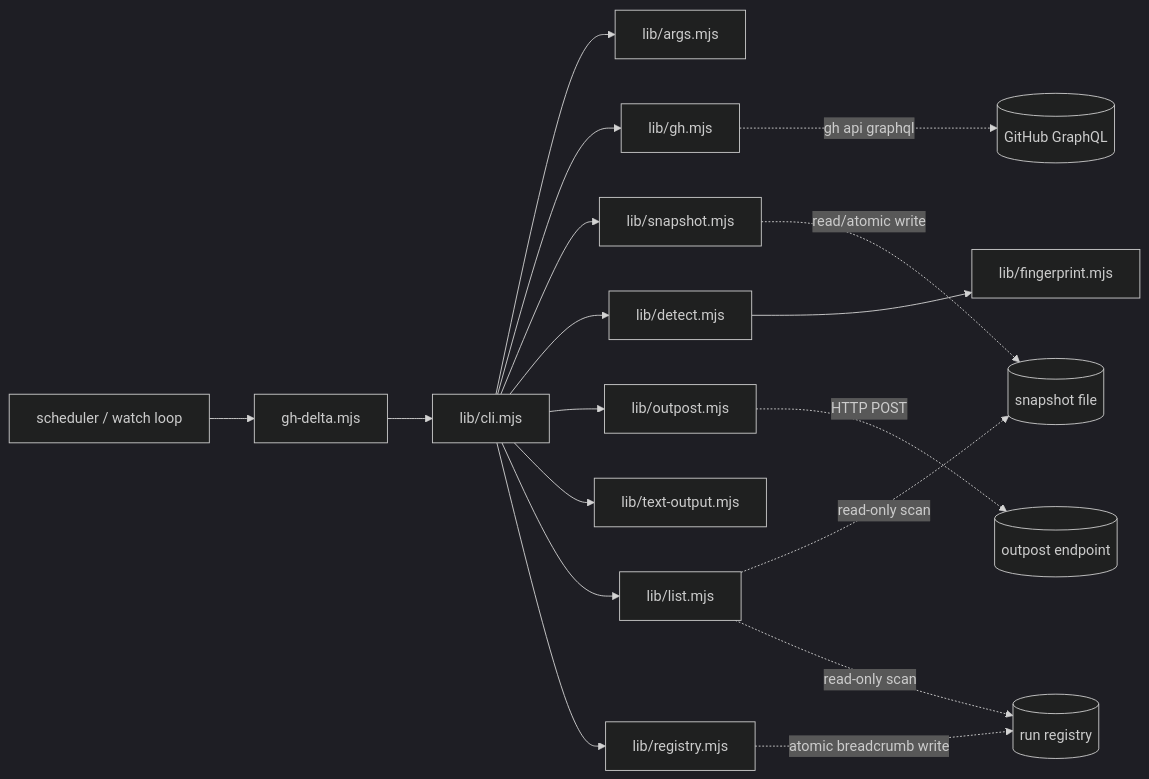
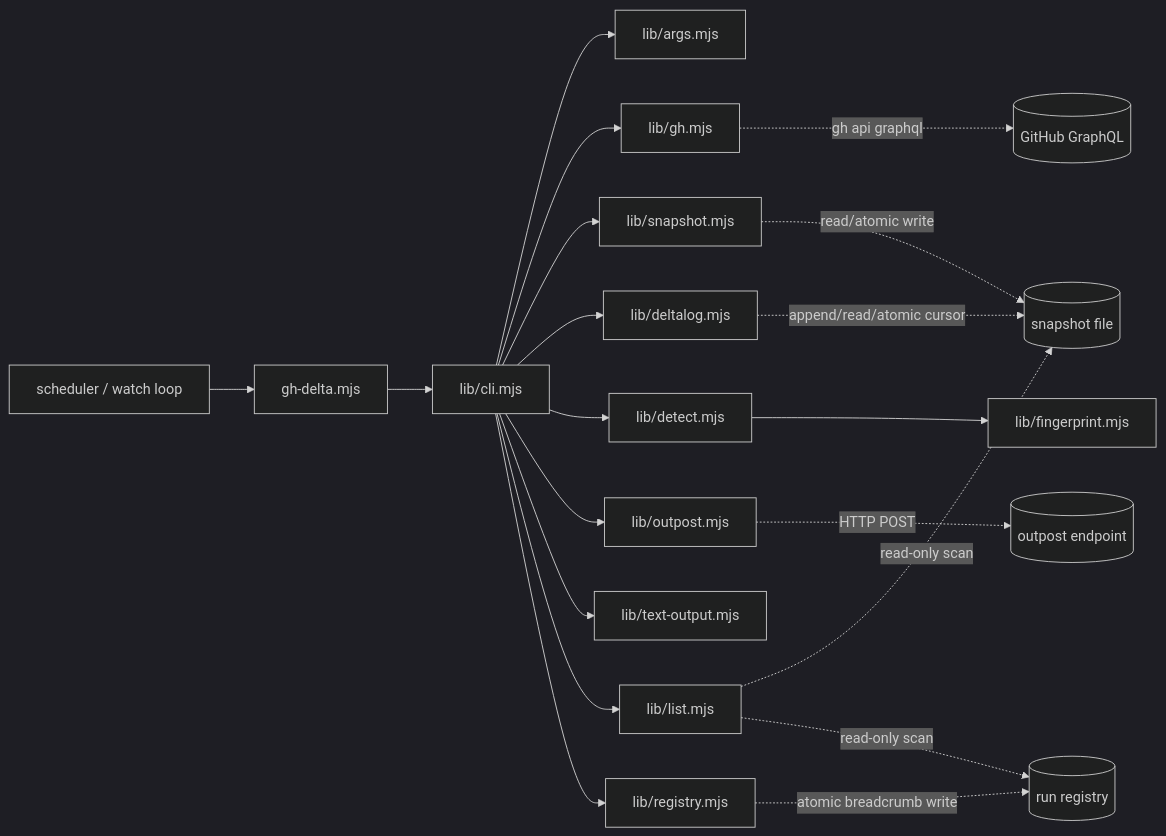
One commit to diegomarino/gh-delta changed the first of 3 diagrams in docs/architecture.md. Above: the diagram before and after it, drawn with Mermaid (dark theme). The commit also changed other lines of this file and 12 other files, not shown here.

Commit message:
feat: add append-only delta log replay

````diff
--- a/docs/architecture.md
+++ b/docs/architecture.md
@@ -25,19 +25,21 @@
 ```mermaid
 flowchart LR
     Sched[scheduler / watch loop] --> Bin[gh-delta.mjs]
     Bin --> CLI[lib/cli.mjs]
     CLI --> Args[lib/args.mjs]
     CLI --> GH[lib/gh.mjs]
     CLI --> Snap[lib/snapshot.mjs]
+    CLI --> Log[lib/deltalog.mjs]
     CLI --> Det[lib/detect.mjs] --> FP[lib/fingerprint.mjs]
     CLI --> Out[lib/outpost.mjs]
     CLI --> Txt[lib/text-output.mjs]
     CLI --> Lst[lib/list.mjs]
     CLI --> Reg[lib/registry.mjs]
     GH -. gh api graphql .-> GitHub[(GitHub GraphQL)]
     Out -. HTTP POST .-> Endpoint[(outpost endpoint)]
     Snap -. read/atomic write .-> FS[(snapshot file)]
+    Log -. append/read/atomic cursor .-> FS
     Reg -. atomic breadcrumb write .-> RegFS[(run registry)]
     Lst -. read-only scan .-> FS
     Lst -. read-only scan .-> RegFS
 ```
````
